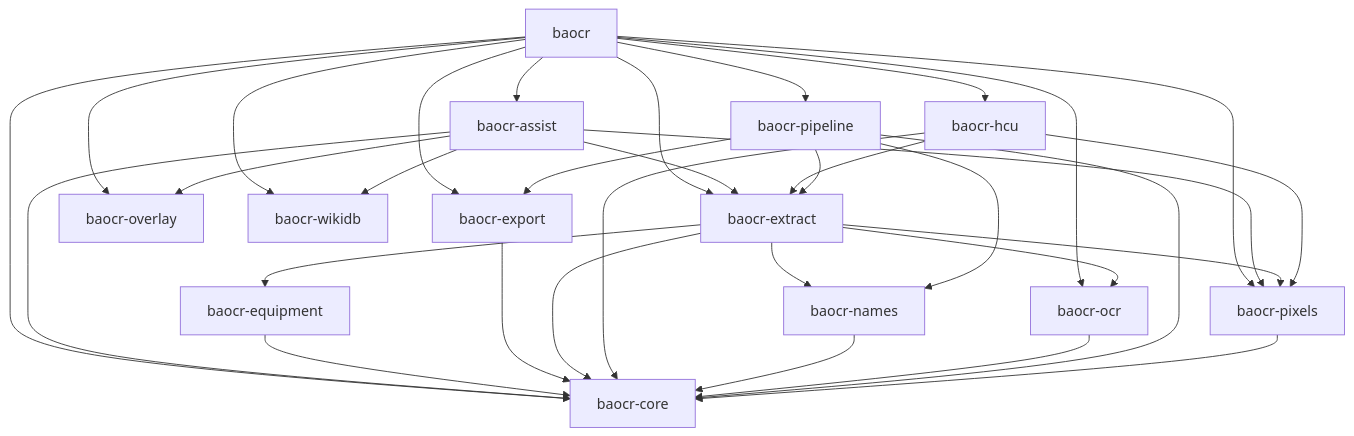
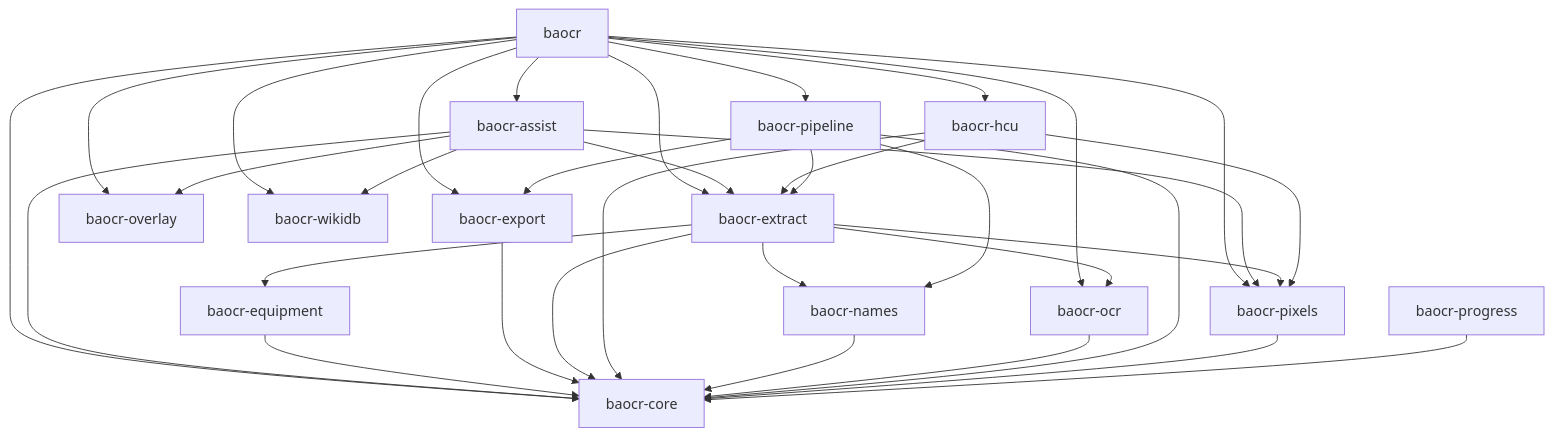
The diagram in docs/diagrams/crates.mmd (whyjp/ba_key_amas), drawn with Mermaid before and after one commit. The commit also changed 20 other files, not shown here.

First line of the commit message:
Add baocr-progress: pure progress-scan parsers and BAReceipt export

```diff
--- a/docs/diagrams/crates.mmd
+++ b/docs/diagrams/crates.mmd
@@ -1,33 +1,34 @@
 graph TD
   baocr[baocr] --> baocr_assist[baocr-assist]
   baocr[baocr] --> baocr_core[baocr-core]
   baocr[baocr] --> baocr_export[baocr-export]
   baocr[baocr] --> baocr_extract[baocr-extract]
   baocr[baocr] --> baocr_hcu[baocr-hcu]
   baocr[baocr] --> baocr_ocr[baocr-ocr]
   baocr[baocr] --> baocr_overlay[baocr-overlay]
   baocr[baocr] --> baocr_pipeline[baocr-pipeline]
   baocr[baocr] --> baocr_pixels[baocr-pixels]
   baocr[baocr] --> baocr_wikidb[baocr-wikidb]
   baocr_assist[baocr-assist] --> baocr_core[baocr-core]
   baocr_assist[baocr-assist] --> baocr_extract[baocr-extract]
   baocr_assist[baocr-assist] --> baocr_overlay[baocr-overlay]
   baocr_assist[baocr-assist] --> baocr_pixels[baocr-pixels]
   baocr_assist[baocr-assist] --> baocr_wikidb[baocr-wikidb]
   baocr_equipment[baocr-equipment] --> baocr_core[baocr-core]
   baocr_export[baocr-export] --> baocr_core[baocr-core]
   baocr_extract[baocr-extract] --> baocr_core[baocr-core]
   baocr_extract[baocr-extract] --> baocr_equipment[baocr-equipment]
   baocr_extract[baocr-extract] --> baocr_names[baocr-names]
   baocr_extract[baocr-extract] --> baocr_ocr[baocr-ocr]
   baocr_extract[baocr-extract] --> baocr_pixels[baocr-pixels]
   baocr_hcu[baocr-hcu] --> baocr_core[baocr-core]
   baocr_hcu[baocr-hcu] --> baocr_extract[baocr-extract]
   baocr_hcu[baocr-hcu] --> baocr_pixels[baocr-pixels]
   baocr_names[baocr-names] --> baocr_core[baocr-core]
   baocr_ocr[baocr-ocr] --> baocr_core[baocr-core]
   baocr_pipeline[baocr-pipeline] --> baocr_core[baocr-core]
   baocr_pipeline[baocr-pipeline] --> baocr_export[baocr-export]
   baocr_pipeline[baocr-pipeline] --> baocr_extract[baocr-extract]
   baocr_pipeline[baocr-pipeline] --> baocr_names[baocr-names]
   baocr_pixels[baocr-pixels] --> baocr_core[baocr-core]
+  baocr_progress[baocr-progress] --> baocr_core[baocr-core]
```
